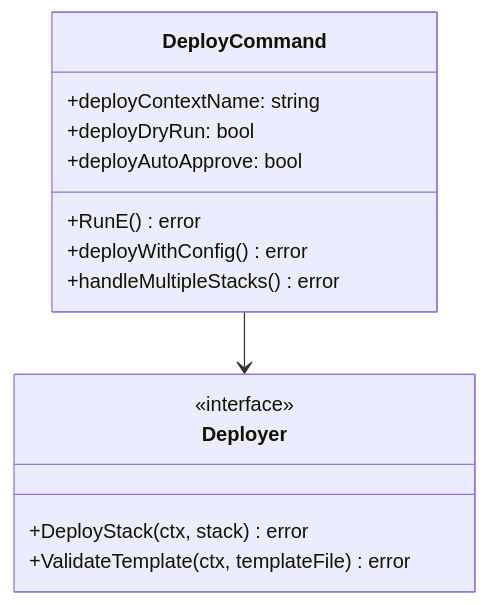
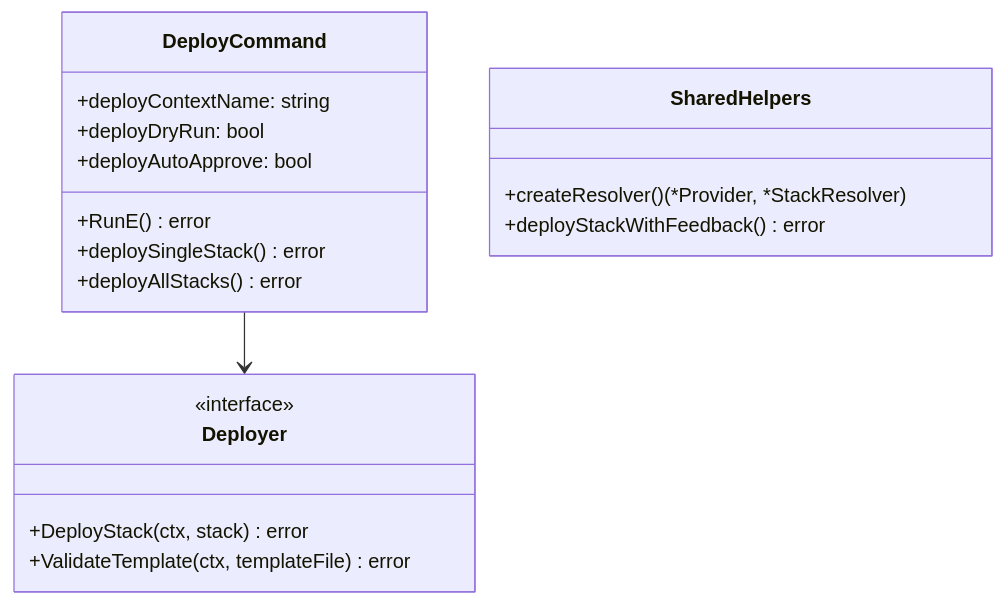
One commit to orien/stackaroo changed the second of 11 diagrams in docs/architecture/deploy.md. Above: the diagram before and after it, drawn with Mermaid. The commit also changed other lines of this file and 4 other files, not shown here.

First line of the commit message:
refactor: consolidate shared command functionality and improve deploy command

````diff
--- a/docs/architecture/deploy.md
+++ b/docs/architecture/deploy.md
@@ -58,19 +58,24 @@
 ```mermaid
 classDiagram
     class DeployCommand {
         +deployContextName: string
         +deployDryRun: bool
         +deployAutoApprove: bool
         +RunE() error
-        +deployWithConfig() error
-        +handleMultipleStacks() error
+        +deploySingleStack() error
+        +deployAllStacks() error
+    }
+
+    class SharedHelpers {
+        +createResolver() (*Provider, *StackResolver)
+        +deployStackWithFeedback() error
     }
 
     class Deployer {
         <<interface>>
         +DeployStack(ctx, stack) error
         +ValidateTemplate(ctx, templateFile) error
     }
 
     DeployCommand --> Deployer
 ```
````
